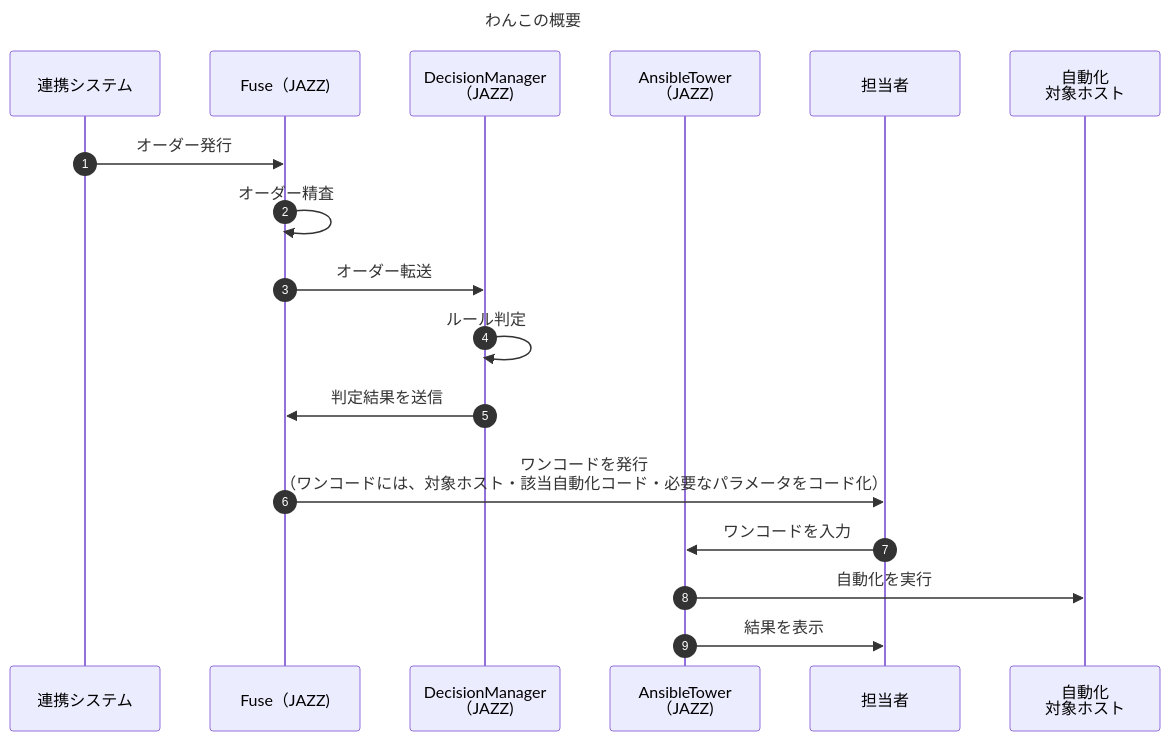
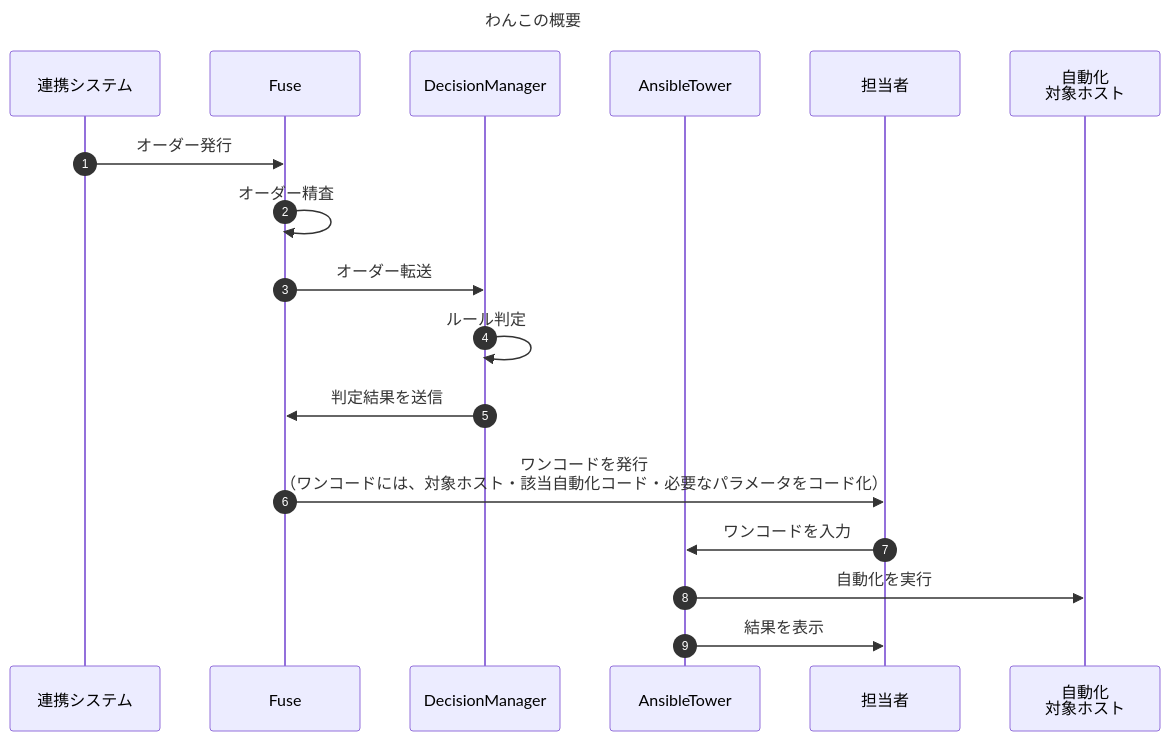
The first of 2 diagrams in readme2.md (panda-git-hub/handbook), drawn with Mermaid before and after one commit. The commit also changed other lines of this file, not shown here.

````diff
--- a/readme2.md
+++ b/readme2.md
@@ -3,21 +3,21 @@
 ```mermaid
 sequenceDiagram
   autonumber
   Title: わんこの概要
   participant A as 連携システム
-  participant B as Fuse（JAZZ)
-  participant C as DecisionManager<br>（JAZZ)
-  participant D as AnsibleTower<br>（JAZZ)
+  participant B as Fuse
+  participant C as DecisionManager
+  participant D as AnsibleTower
   participant E as 担当者
   participant F as 自動化<br>対象ホスト
 
   A->>B: オーダー発行
   B->>B: オーダー精査
   B->>C: オーダー転送
   C->>C: ルール判定
   C->>B: 判定結果を送信
   B->>E: <br>ワンコードを発行<br>（ワンコードには、対象ホスト・該当自動化コード・必要なパラメータをコード化）
   E->>D: ワンコードを入力
   D->>F: 自動化を実行
   D->>E: 結果を表示
 ```
````
